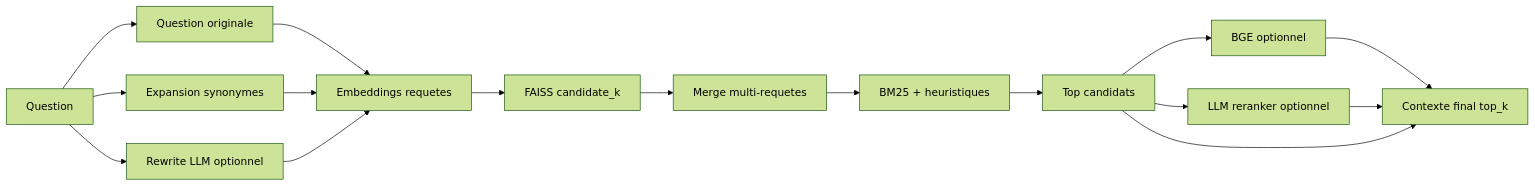
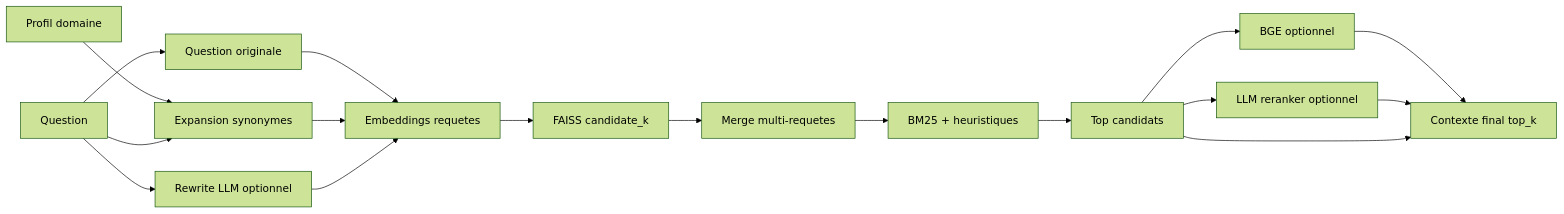
The fourth of 4 diagrams in docs/architecture.md (Benjiattal/rag-32-pdfs-streamlit), drawn with Mermaid (forest theme) before and after one commit. The commit also changed other lines of this file and 6 other files, not shown here.

````diff
--- a/docs/architecture.md
+++ b/docs/architecture.md
@@ -73,18 +79,19 @@
 ```mermaid
 flowchart LR
     Q[Question] --> Q1[Question originale]
-    Q --> Q2[Expansion synonymes]
+    P[Profil domaine] --> Q2[Expansion synonymes]
+    Q --> Q2
     Q --> Q3[Rewrite LLM optionnel]
     Q1 --> E[Embeddings requetes]
     Q2 --> E
     Q3 --> E
     E --> F[FAISS candidate_k]
     F --> M[Merge multi-requetes]
     M --> B[BM25 + heuristiques]
     B --> T[Top candidats]
     T --> R1[BGE optionnel]
     T --> R2[LLM reranker optionnel]
     R1 --> C[Contexte final top_k]
     R2 --> C
     T --> C
 ```
````
